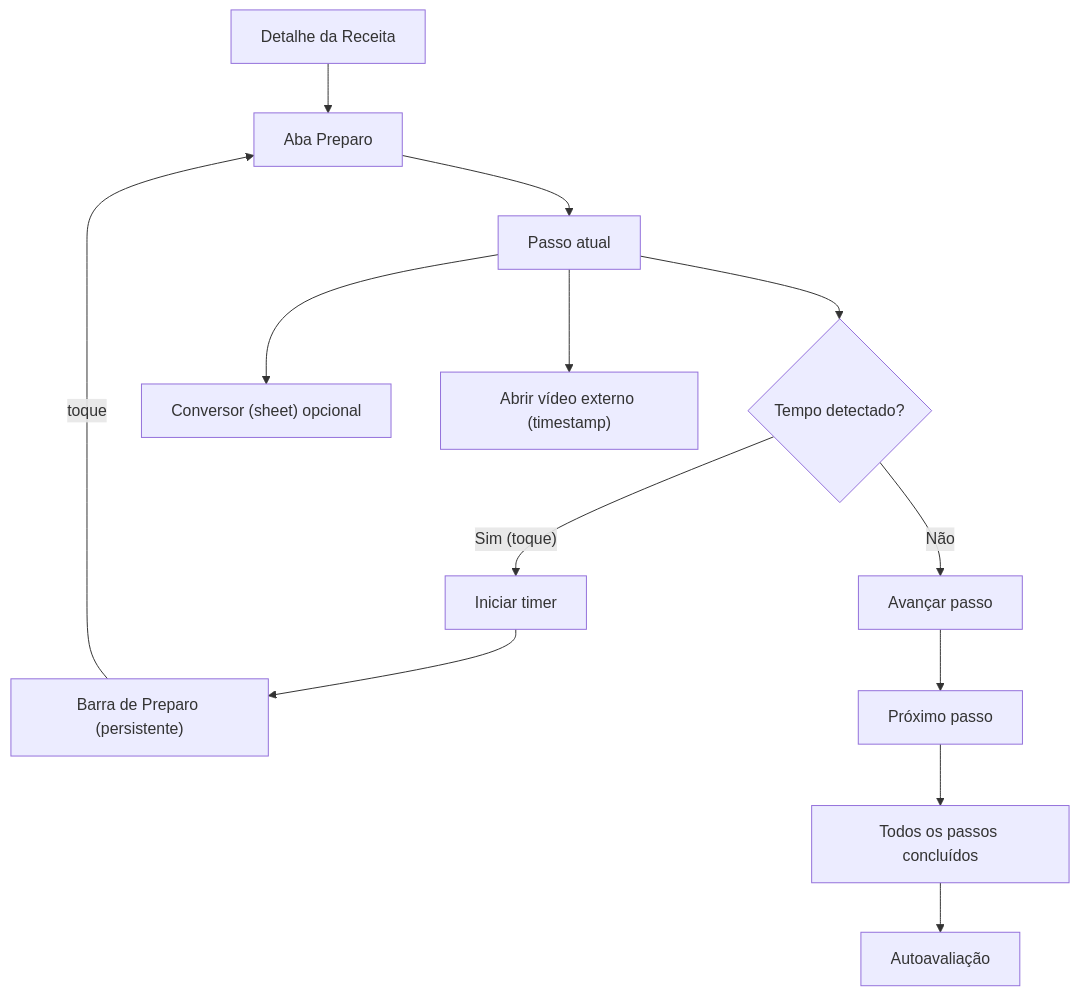
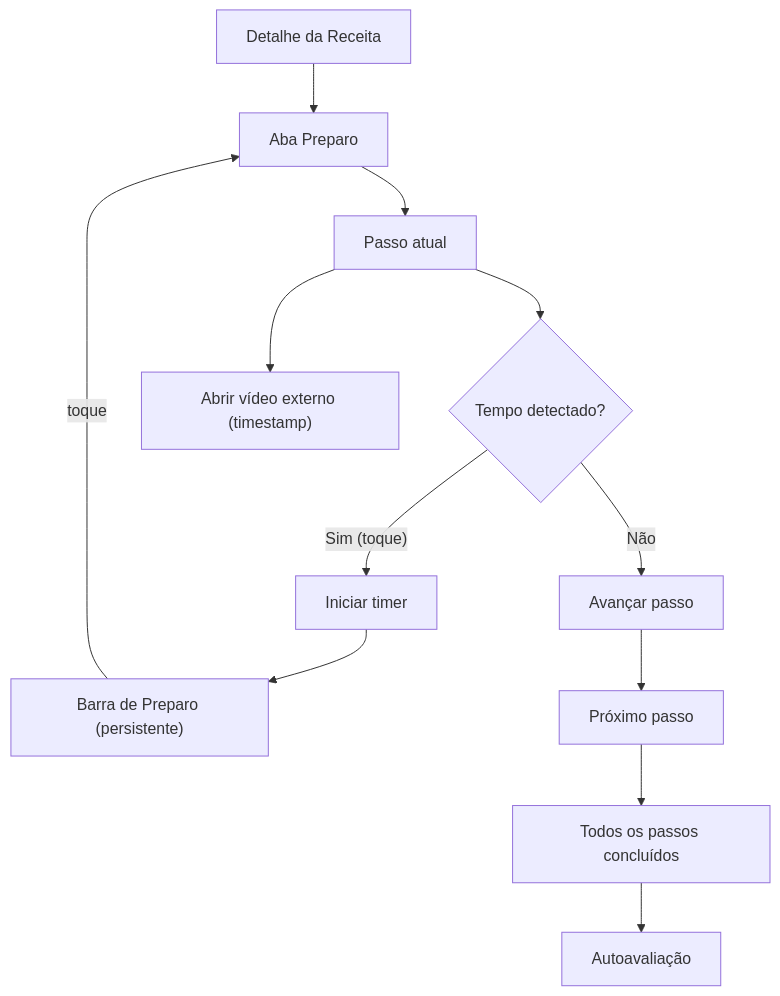
One commit to eliascoelho911/cookzy-android changed the second of 3 diagrams in docs/front-end-spec.md. Above: the diagram before and after it, drawn with Mermaid. The commit also changed other lines of this file and 6 other files, not shown here.

Commit message:
update documentation to remove references to the Conversor de Medidas and clarify usage of CookzyModalBottomSheet in wireframes

````diff
--- a/docs/front-end-spec.md
+++ b/docs/front-end-spec.md
@@ -99,13 +98,12 @@
 ```mermaid
 graph TD
     D[Detalhe da Receita] --> P[Aba Preparo]
     P --> S1[Passo atual]
     S1 --> DEC{Tempo detectado?}
     DEC -- "Sim (toque)" --> T[Iniciar timer] --> BAR["Barra de Preparo (persistente)"]
     DEC -- Não --> NEXT[Avançar passo]
-    S1 --> CV["Conversor (sheet) opcional"]
     S1 --> EXT["Abrir vídeo externo (timestamp)"]
     BAR -->|toque| P
     NEXT --> S2[Próximo passo] --> FIM[Todos os passos concluídos]
     FIM --> AA[Autoavaliação]
 ```
````
